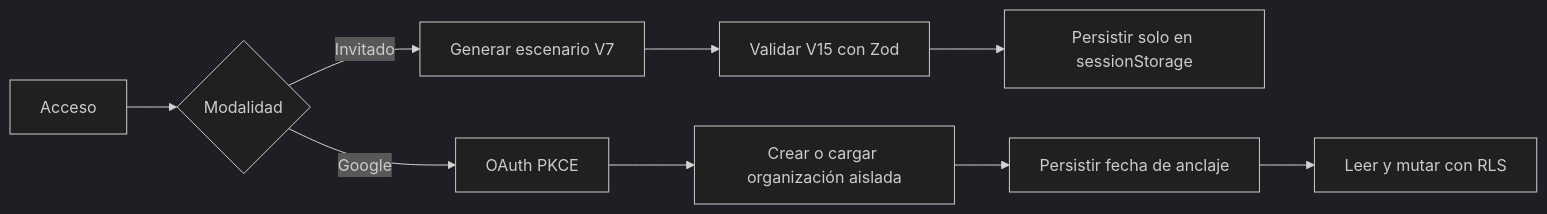
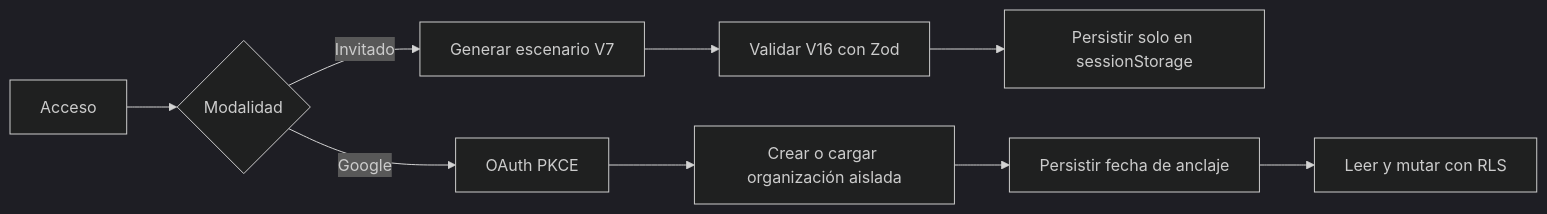
The third of 9 diagrams in docs/TECHNICAL-CASE-STUDY.md (antoniojesusdelgado/management-platform-demo), drawn with Mermaid (dark theme) before and after one commit. The commit also changed other lines of this file and 28 other files, not shown here.

````diff
--- a/docs/TECHNICAL-CASE-STUDY.md
+++ b/docs/TECHNICAL-CASE-STUDY.md
@@ -97,11 +97,11 @@
 ```mermaid
 flowchart LR
   start["Acceso"] --> choice{"Modalidad"}
   choice -->|Invitado| generate["Generar escenario V7"]
-  generate --> validate["Validar V15 con Zod"]
+  generate --> validate["Validar V16 con Zod"]
   validate --> session["Persistir solo en sessionStorage"]
   choice -->|Google| pkce["OAuth PKCE"]
   pkce --> provision["Crear o cargar organización aislada"]
   provision --> anchor["Persistir fecha de anclaje"]
   anchor --> rls["Leer y mutar con RLS"]
 ```
````
